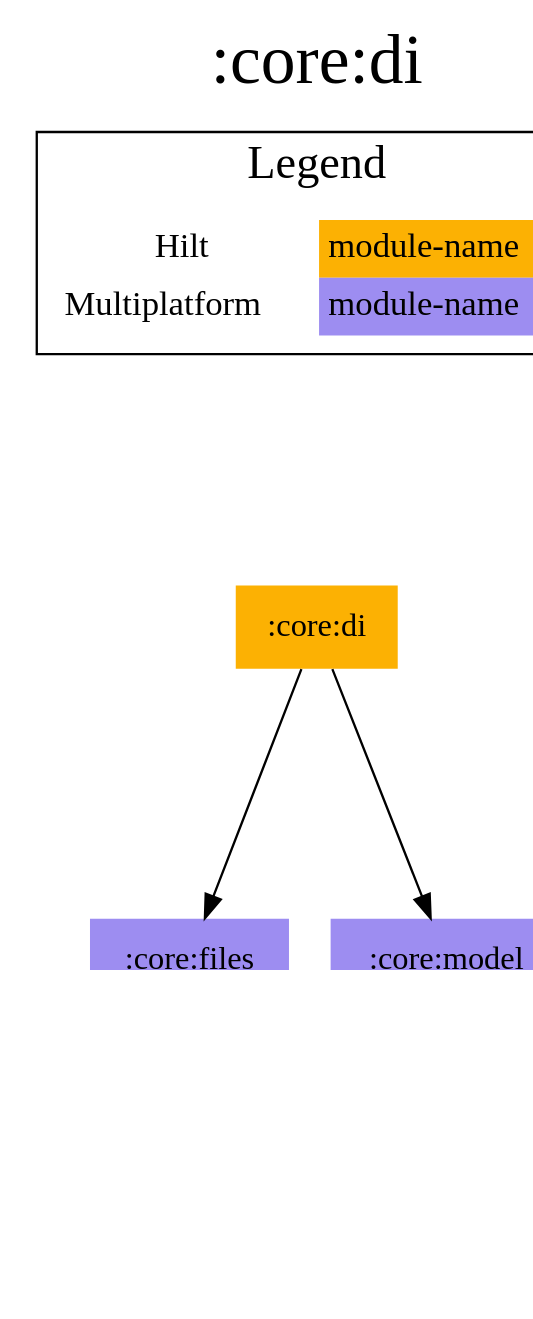
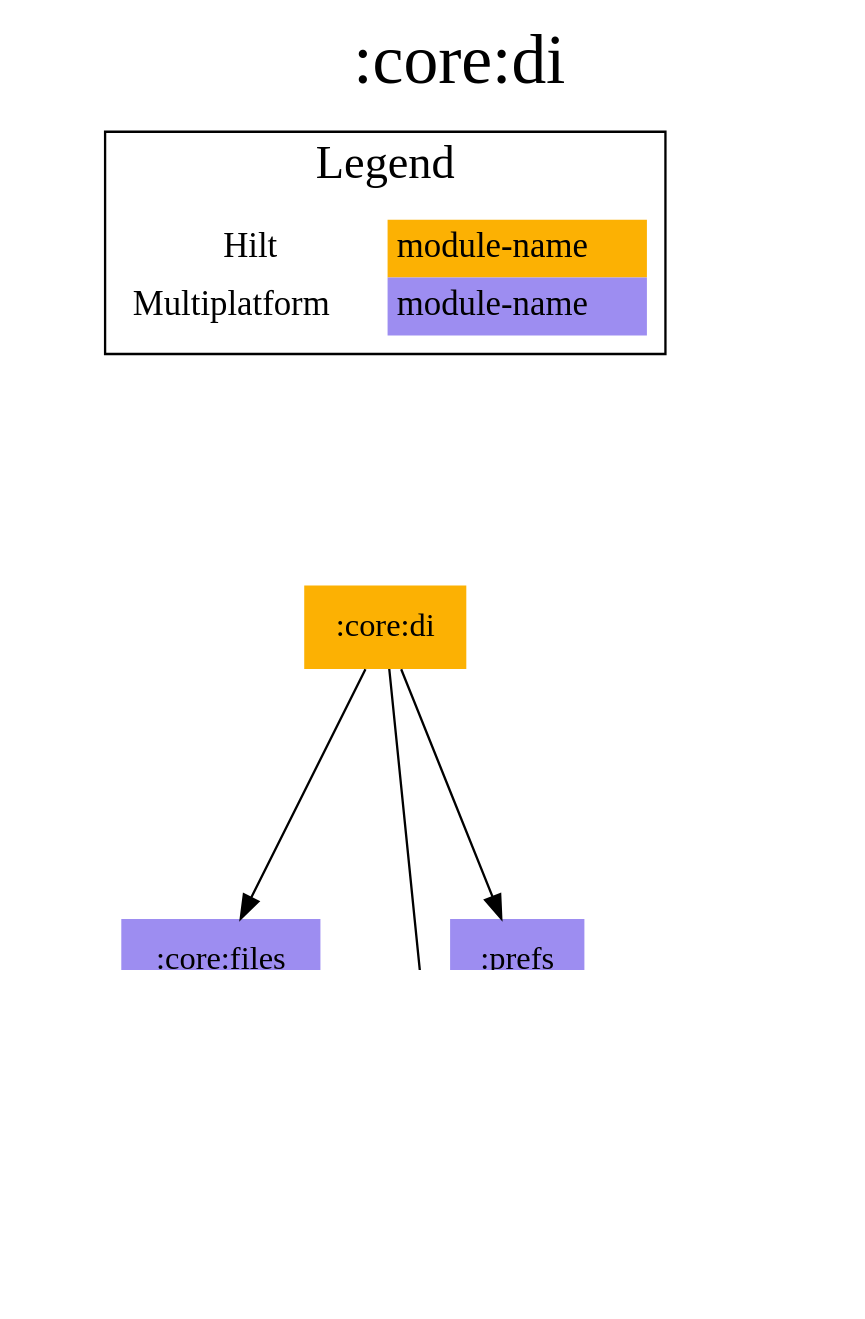
The diagram in modules/core/di/modules.dot (jonapoul/aktual), drawn with Graphviz before and after one commit. The commit also changed 39 other files, not shown here.

```diff
--- a/modules/core/di/modules.dot
+++ b/modules/core/di/modules.dot
@@ -1,27 +1,32 @@
 digraph {
 edge ["dir"="forward"]
 graph ["dpi"="100","label"=":core:di","labelloc"="t","fontsize"="30","ranksep"="1.5","rankdir"="TB"]
 node ["style"="filled"]
+":account:model" ["fillcolor"="#9D8DF1","shape"="none"]
 ":budget:model" ["fillcolor"="#9D8DF1","shape"="none"]
 ":core:di" ["fillcolor"="#FCB103","shape"="none"]
 ":core:files" ["fillcolor"="#9D8DF1","shape"="none"]
 ":core:model" ["fillcolor"="#9D8DF1","shape"="none"]
+":prefs" ["fillcolor"="#9D8DF1","shape"="none"]
 {
 edge ["dir"="none"]
 graph ["rank"="same"]
 ":core:di"
 }
 ":core:di" -> ":core:files"
 ":core:di" -> ":core:model"
+":core:di" -> ":prefs"
 ":core:files" -> ":budget:model"
+":prefs" -> ":account:model"
+":prefs" -> ":core:model"
 subgraph "cluster_legend" {
 edge ["dir"="none"]
 graph ["label"="Legend","fontsize"="20"]
 "Legend" ["style"="filled","fillcolor"="#FFFFFF","shape"="none","margin"="0","fontsize"="15","label"=<
 <TABLE BORDER="0" CELLBORDER="0" CELLSPACING="0" CELLPADDING="4">
 <TR><TD>Hilt</TD><TD BGCOLOR="#FCB103">module-name</TD></TR>
 <TR><TD>Multiplatform</TD><TD BGCOLOR="#9D8DF1">module-name</TD></TR>
 </TABLE>
 >]
 } -> ":core:di" ["style"="invis"]
 }
```
